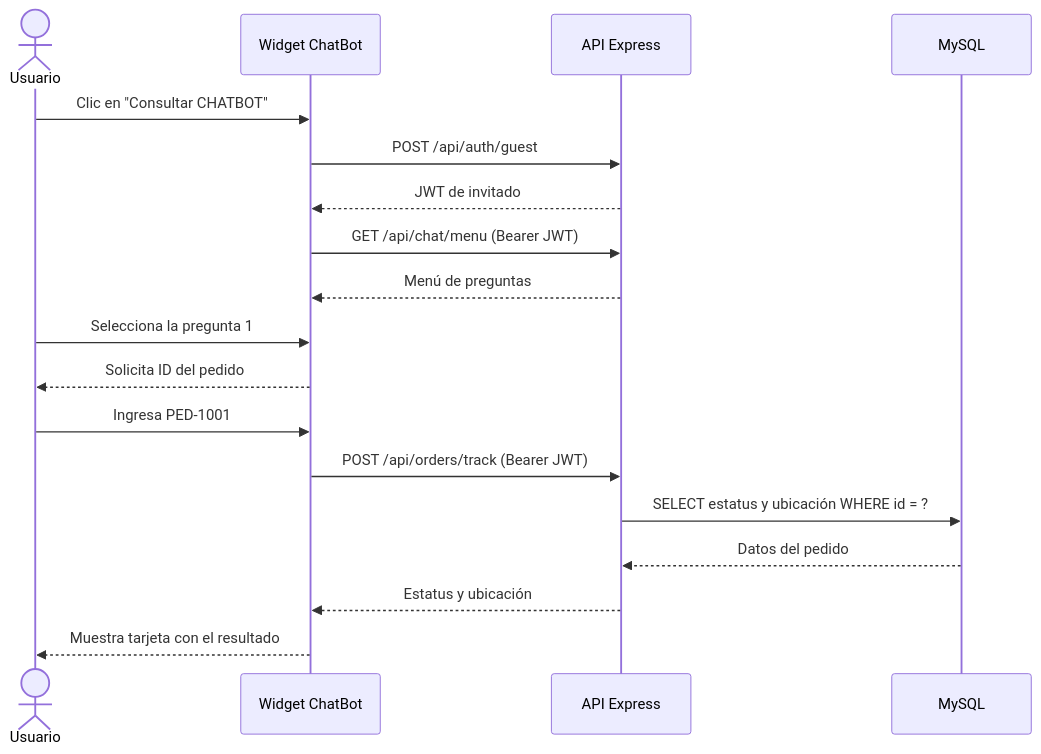
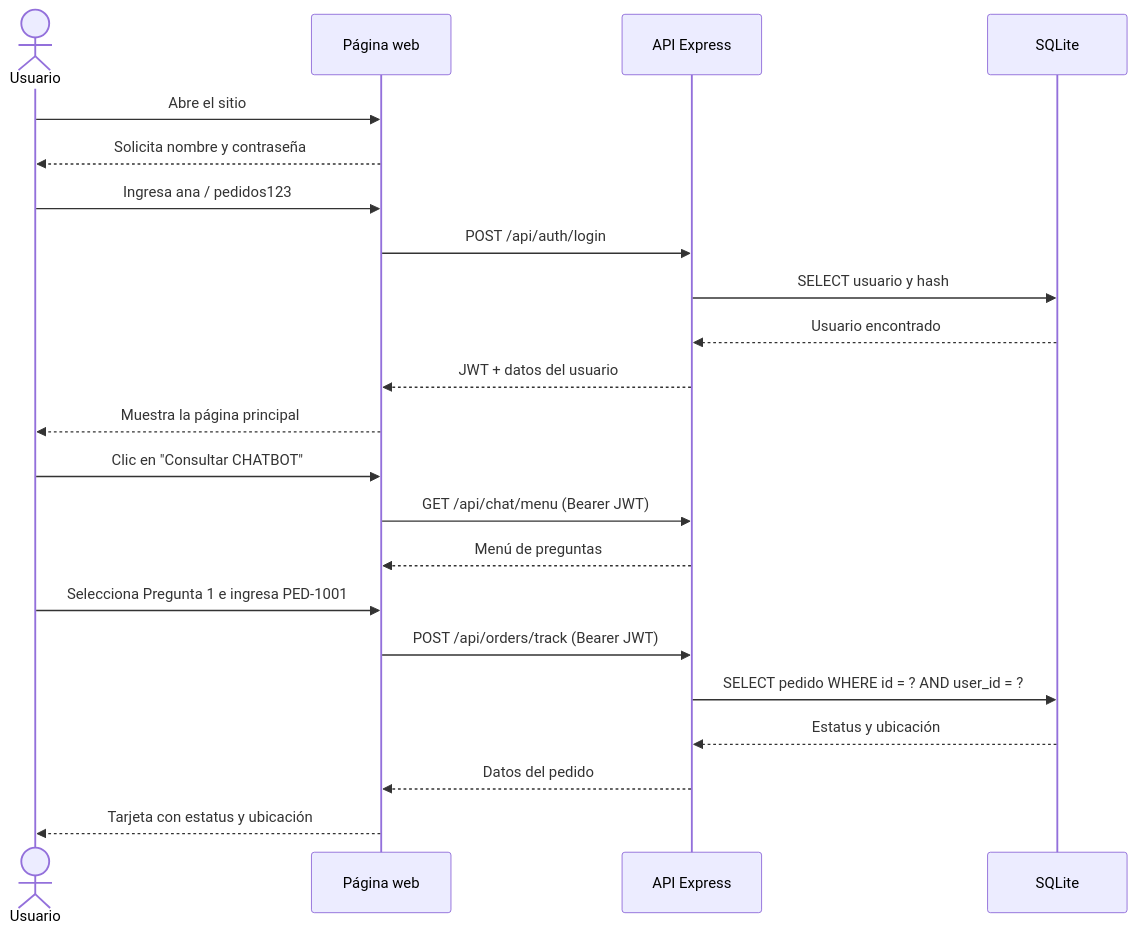
The third of 4 diagrams in docs/diagramas.md (MelanyFT/Entrega-Parcial), drawn with Mermaid before and after one commit. The commit also changed other lines of this file and 30 other files, not shown here.

````diff
--- a/docs/diagramas.md
+++ b/docs/diagramas.md
@@ -56,21 +69,25 @@
 ```mermaid
 sequenceDiagram
   actor Usuario
-  participant Widget as Widget ChatBot
+  participant Pagina as Página web
   participant API as API Express
-  participant DB as MySQL
+  participant DB as SQLite
 
-  Usuario->>Widget: Clic en "Consultar CHATBOT"
-  Widget->>API: POST /api/auth/guest
-  API-->>Widget: JWT de invitado
-  Widget->>API: GET /api/chat/menu (Bearer JWT)
-  API-->>Widget: Menú de preguntas
-  Usuario->>Widget: Selecciona la pregunta 1
-  Widget-->>Usuario: Solicita ID del pedido
-  Usuario->>Widget: Ingresa PED-1001
-  Widget->>API: POST /api/orders/track (Bearer JWT)
-  API->>DB: SELECT estatus y ubicación WHERE id = ?
-  DB-->>API: Datos del pedido
-  API-->>Widget: Estatus y ubicación
-  Widget-->>Usuario: Muestra tarjeta con el resultado
+  Usuario->>Pagina: Abre el sitio
+  Pagina-->>Usuario: Solicita nombre y contraseña
+  Usuario->>Pagina: Ingresa ana / pedidos123
+  Pagina->>API: POST /api/auth/login
+  API->>DB: SELECT usuario y hash
+  DB-->>API: Usuario encontrado
+  API-->>Pagina: JWT + datos del usuario
+  Pagina-->>Usuario: Muestra la página principal
+  Usuario->>Pagina: Clic en "Consultar CHATBOT"
+  Pagina->>API: GET /api/chat/menu (Bearer JWT)
+  API-->>Pagina: Menú de preguntas
+  Usuario->>Pagina: Selecciona Pregunta 1 e ingresa PED-1001
+  Pagina->>API: POST /api/orders/track (Bearer JWT)
+  API->>DB: SELECT pedido WHERE id = ? AND user_id = ?
+  DB-->>API: Estatus y ubicación
+  API-->>Pagina: Datos del pedido
+  Pagina-->>Usuario: Tarjeta con estatus y ubicación
 ```
````
